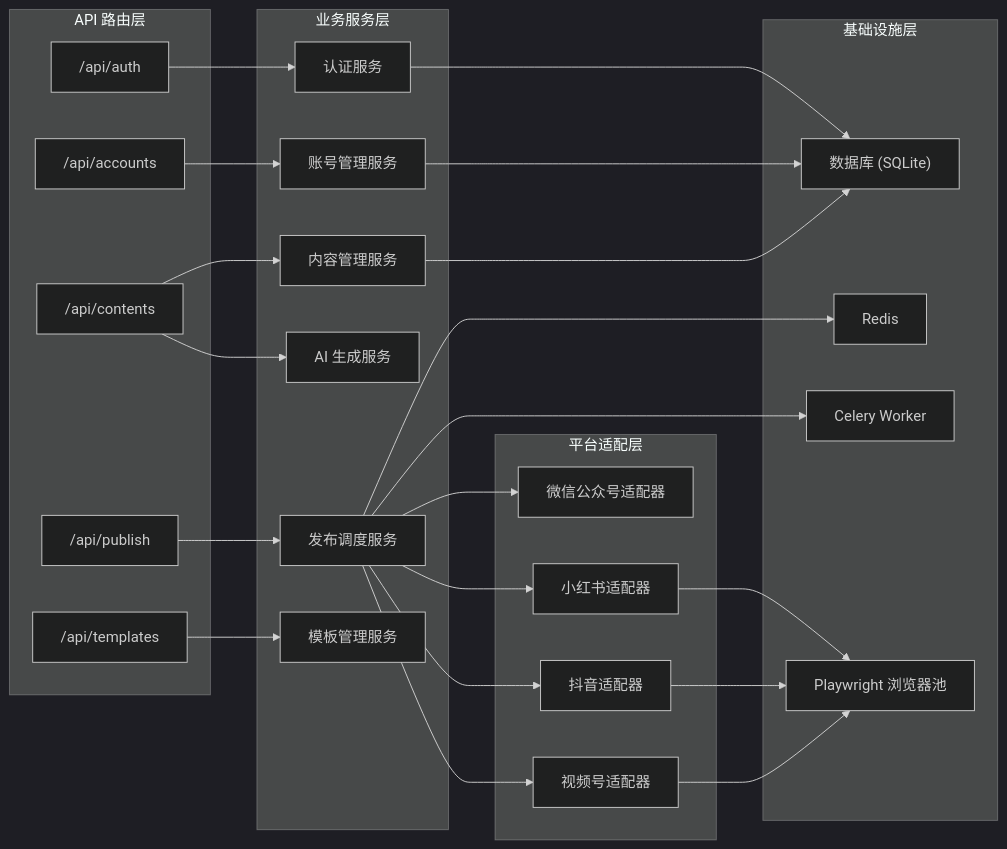
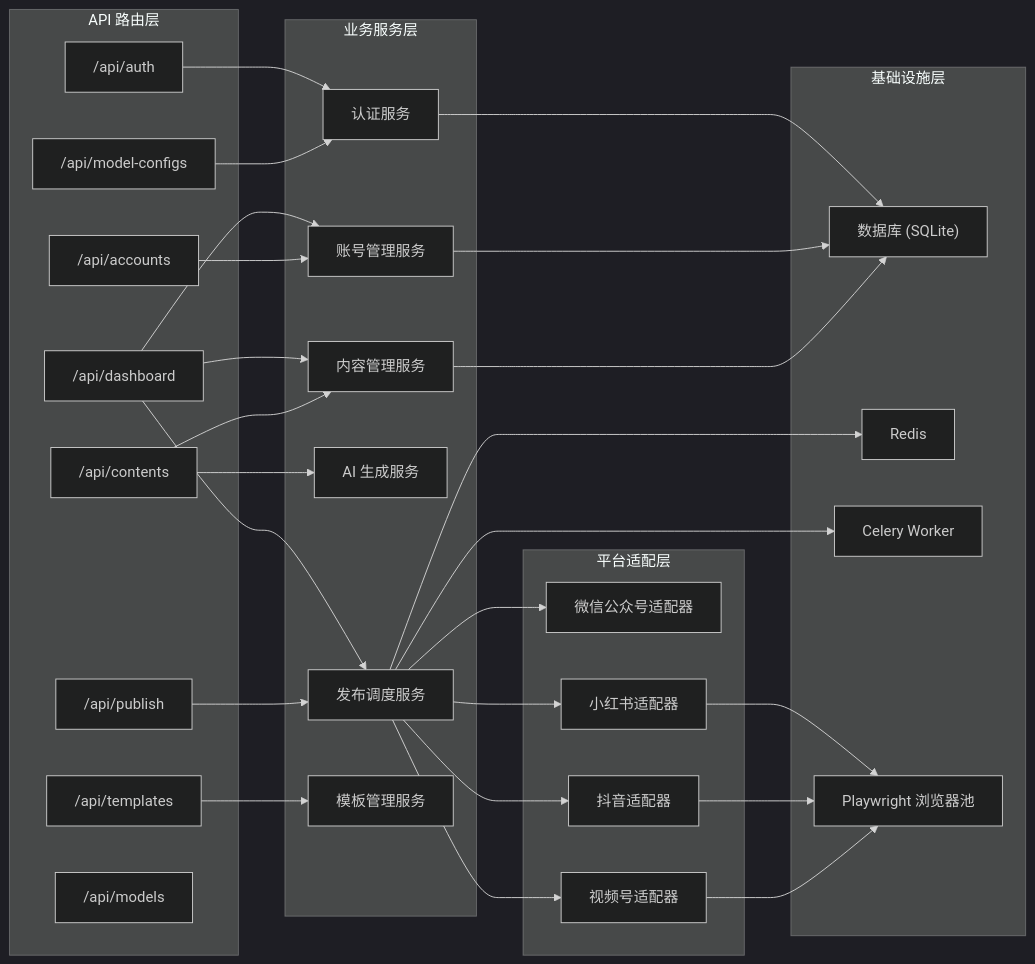
Before and after one commit to zhangming123456/ai-multi-platform-release: the second of 3 diagrams in .trae/documents/Technical-Architecture.md, drawn with Mermaid (dark theme). The commit also changed other lines of this file and 1 other file, not shown here.

````diff
--- a/.trae/documents/Technical-Architecture.md
+++ b/.trae/documents/Technical-Architecture.md
@@ -229,54 +314,61 @@
 ```mermaid
 flowchart LR
     subgraph API_Layer["API 路由层"]
         AuthRouter["/api/auth"]
+        DashboardRouter["/api/dashboard"]
         AccountRouter["/api/accounts"]
         ContentRouter["/api/contents"]
         PublishRouter["/api/publish"]
         TemplateRouter["/api/templates"]
+        ModelConfigRouter["/api/model-configs"]
+        ModelsRouter["/api/models"]
     end
 
     subgraph Service_Layer["业务服务层"]
         AuthService["认证服务"]
         AccountService["账号管理服务"]
         ContentService["内容管理服务"]
         AIService["AI 生成服务"]
         PublishService["发布调度服务"]
         TemplateService["模板管理服务"]
     end
 
     subgraph Adapter_Layer["平台适配层"]
         WeChatAdapter["微信公众号适配器"]
         XHSAdapter["小红书适配器"]
         DouyinAdapter["抖音适配器"]
         VideoAdapter["视频号适配器"]
     end
 
     subgraph Infra["基础设施层"]
         DB_Layer["数据库 (SQLite)"]
         Redis_Layer["Redis"]
         Celery_Layer["Celery Worker"]
         Playwright_Layer["Playwright 浏览器池"]
     end
 
     AuthRouter --> AuthService
+    DashboardRouter --> AccountService
+    DashboardRouter --> ContentService
+    DashboardRouter --> PublishService
     AccountRouter --> AccountService
     ContentRouter --> ContentService
     ContentRouter --> AIService
     PublishRouter --> PublishService
     TemplateRouter --> TemplateService
+    ModelConfigRouter --> AuthService
 
     PublishService --> WeChatAdapter
     PublishService --> XHSAdapter
     PublishService --> DouyinAdapter
     PublishService --> VideoAdapter
 
     AuthService --> DB_Layer
     AccountService --> DB_Layer
     ContentService --> DB_Layer
     PublishService --> Redis_Layer
     PublishService --> Celery_Layer
     XHSAdapter --> Playwright_Layer
     DouyinAdapter --> Playwright_Layer
     VideoAdapter --> Playwright_Layer
 ```
````
